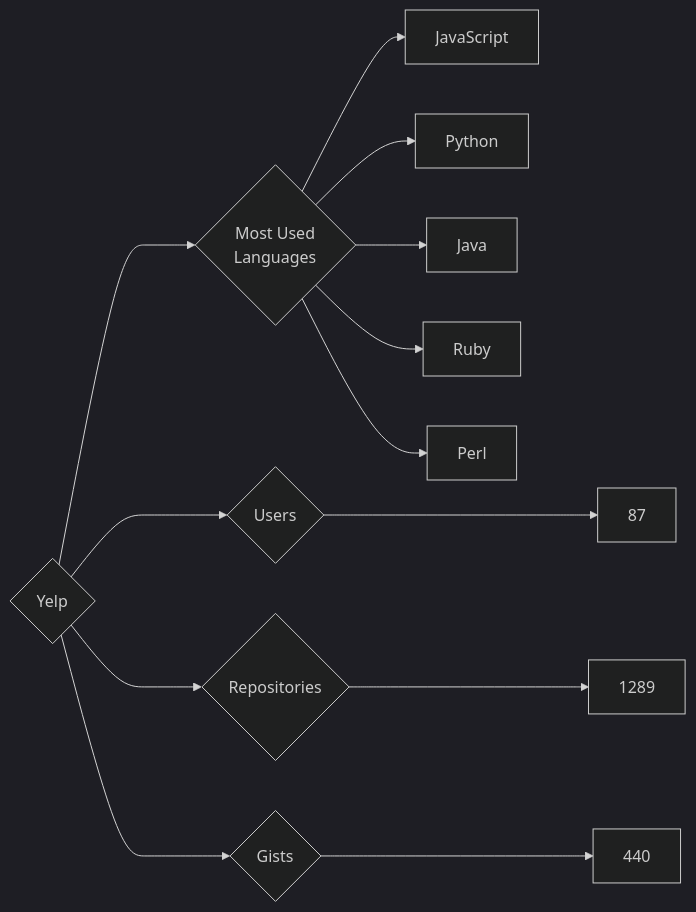
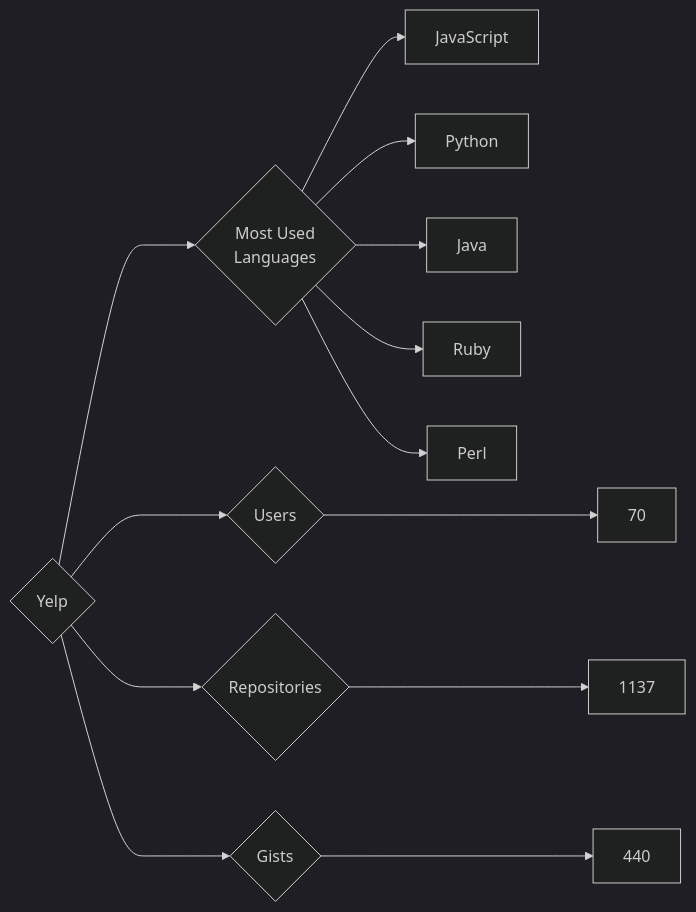
One commit to trickest/insiders changed the diagram in targets/Yelp/README.md. Above: the diagram before and after it, drawn with Mermaid (dark theme). The commit also changed 681 other files, not shown here.

````diff
--- a/targets/Yelp/README.md
+++ b/targets/Yelp/README.md
@@ -3,13 +3,13 @@
 ```mermaid
 graph LR
 COMPANY_NAME{Yelp}
-COMPANY_NAME ---> U{Users} ---> UN[87]
-COMPANY_NAME ---> R{Repositories} ---> RN[1289]
+COMPANY_NAME ---> U{Users} ---> UN[70]
+COMPANY_NAME ---> R{Repositories} ---> RN[1137]
 COMPANY_NAME ---> G{Gists} ---> GN[440]
 COMPANY_NAME ---> ML{Most Used<br>Languages}
 ML --> JavaScript[JavaScript]
 ML --> Python[Python]
 ML --> Java[Java]
 ML --> Ruby[Ruby]
 ML --> Perl[Perl]
 ```
````
